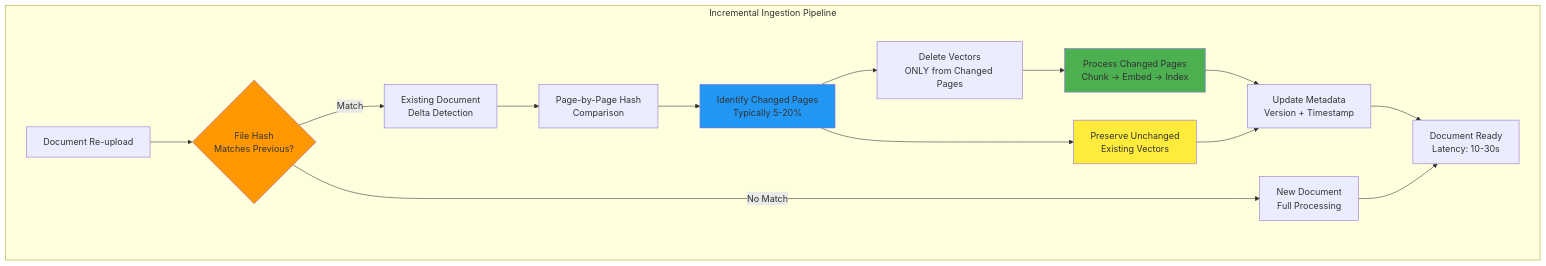
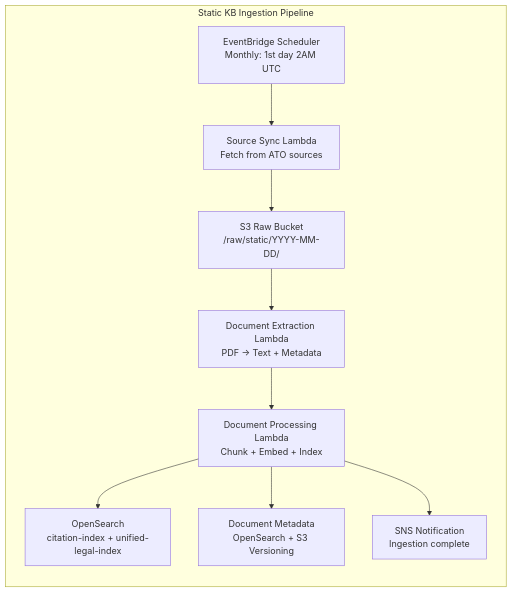
One commit to anguyenbus/case_chat changed the second of 5 diagrams in case_assistant/system_design/07-ingestion-strategies-comparison.md. Above: the diagram before and after it, drawn with Mermaid. The commit also changed other lines of this file, not shown here.

Commit message:
[design] update ingestion

````diff
--- a/case_assistant/system_design/07-ingestion-strategies-comparison.md
+++ b/case_assistant/system_design/07-ingestion-strategies-comparison.md
@@ -82,46 +108,28 @@
 ```mermaid
-graph TB
-    subgraph "Incremental Ingestion Pipeline"
-        UPLOAD[Document Re-upload]
+graph LR
+    subgraph "Static KB Ingestion Pipeline"
+        SCHEDULE[EventBridge Scheduler<br/>Monthly: 1st day 2AM UTC]
 
-        FILE_HASH{File Hash<br>Matches Previous?}
+        SYNC[Source Sync Lambda<br/>Fetch from ATO sources]
 
-        NEW_PATH[New Document<br>Full Processing]
-        DELTA_PATH[Existing Document<br>Delta Detection]
+        RAW[S3 Raw Bucket<br/>/raw/static/YYYY-MM-DD/]
 
-        PAGE_HASH[Page-by-Page Hash<br>Comparison]
+        EXTRACT[Document Extraction Lambda<br/>PDF → Text + Metadata]
 
-        IDENTIFY[Identify Changed Pages<br>Typically 5-20%]
+        PROCESS[Document Processing Lambda<br/>Chunk + Embed + Index]
 
-        PARTIAL_DELETE[Delete Vectors<br>ONLY from Changed Pages]
+        OPENSEARCH[OpenSearch<br/>citation-index + unified-legal-index]
 
-        PROCESS_CHANGED[Process Changed Pages<br>Chunk → Embed → Index]
+        METADATA[Document Metadata<br/>OpenSearch + S3 Versioning]
 
-        PRESERVE[Preserve Unchanged<br>Existing Vectors]
+        NOTIFY[SNS Notification<br/>Ingestion complete]
 
-        UPDATE[Update Metadata<br>Version + Timestamp]
-
-        READY[Document Ready<br>Latency: 10-30s]
+        SCHEDULE --> SYNC
+        SYNC --> RAW
+        RAW --> EXTRACT
+        EXTRACT --> PROCESS
+        PROCESS --> OPENSEARCH
+        PROCESS --> METADATA
+        PROCESS --> NOTIFY
     end
-
-    UPLOAD --> FILE_HASH
-    FILE_HASH -->|No Match| NEW_PATH
-    FILE_HASH -->|Match| DELTA_PATH
-
-    DELTA_PATH --> PAGE_HASH
-    PAGE_HASH --> IDENTIFY
-    IDENTIFY --> PARTIAL_DELETE
-    IDENTIFY --> PRESERVE
-
-    PARTIAL_DELETE --> PROCESS_CHANGED
-    PROCESS_CHANGED --> UPDATE
-    PRESERVE --> UPDATE
-    UPDATE --> READY
-
-    NEW_PATH --> READY
-
-    style FILE_HASH fill:#FF9800
-    style IDENTIFY fill:#2196F3
-    style PROCESS_CHANGED fill:#4CAF50
-    style PRESERVE fill:#FFEB3B
 ```
````
